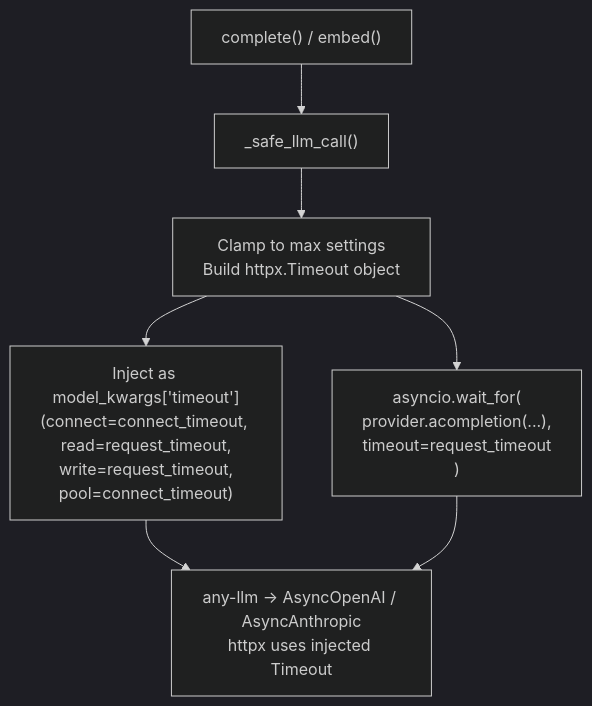
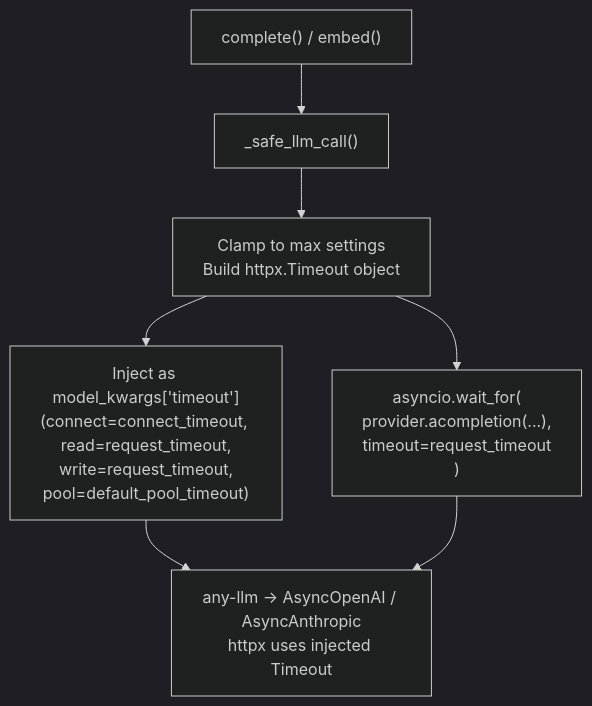
The diagram in docs/TIMEOUTS.md (Bioto/glue-llm), drawn with Mermaid (dark theme) before and after one commit. The commit also changed other lines of this file and 21 other files, not shown here.

````diff
--- a/docs/TIMEOUTS.md
+++ b/docs/TIMEOUTS.md
@@ -124,16 +127,16 @@
 ```mermaid
 flowchart TD
     Call["complete() / embed()"]
     SafeLLMCall["_safe_llm_call()"]
     EnforceTimeouts["Clamp to max settings\nBuild httpx.Timeout object"]
-    InjectKwarg["Inject as model_kwargs['timeout']\n(connect=connect_timeout, read=request_timeout,\n write=request_timeout, pool=connect_timeout)"]
+    InjectKwarg["Inject as model_kwargs['timeout']\n(connect=connect_timeout, read=request_timeout,\n write=request_timeout, pool=default_pool_timeout)"]
     AsyncioWait["asyncio.wait_for(\n    provider.acompletion(...),\n    timeout=request_timeout\n)"]
     ProviderSDK["any-llm → AsyncOpenAI / AsyncAnthropic\nhttpx uses injected Timeout"]
 
     Call --> SafeLLMCall
     SafeLLMCall --> EnforceTimeouts
     EnforceTimeouts --> InjectKwarg
     EnforceTimeouts --> AsyncioWait
     InjectKwarg --> ProviderSDK
     AsyncioWait --> ProviderSDK
 ```
````
